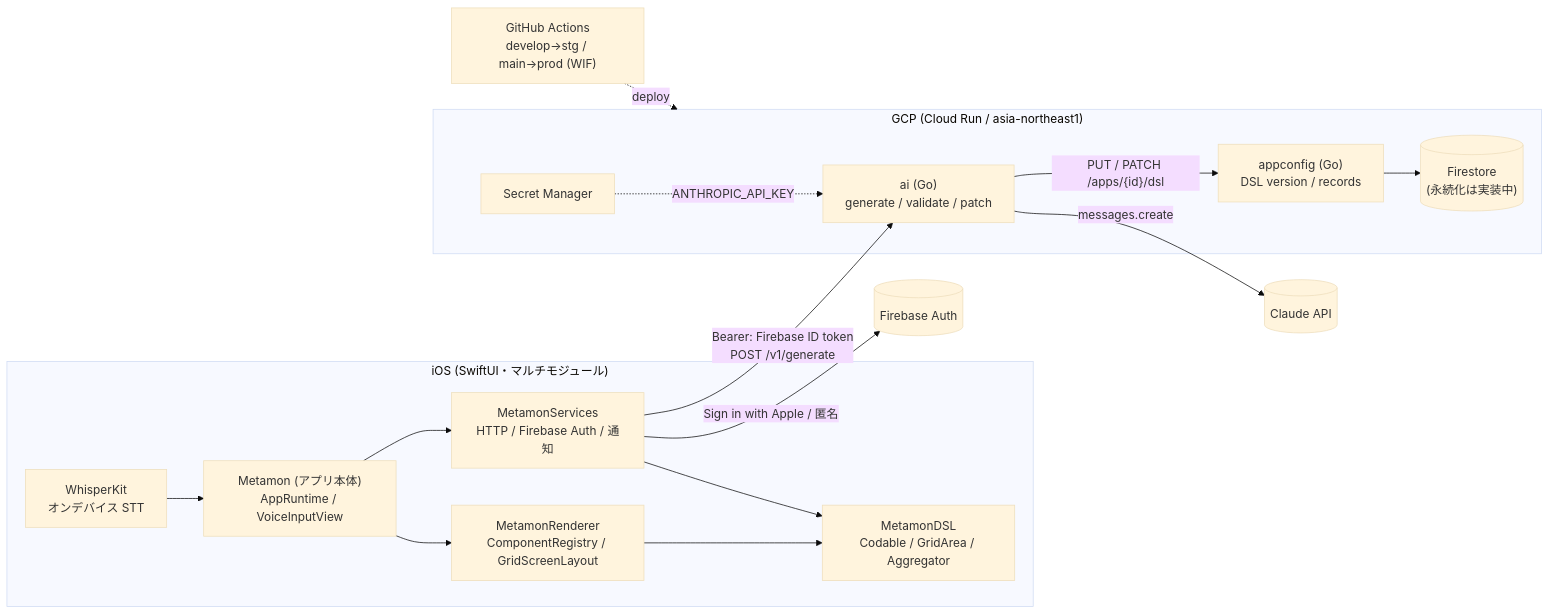
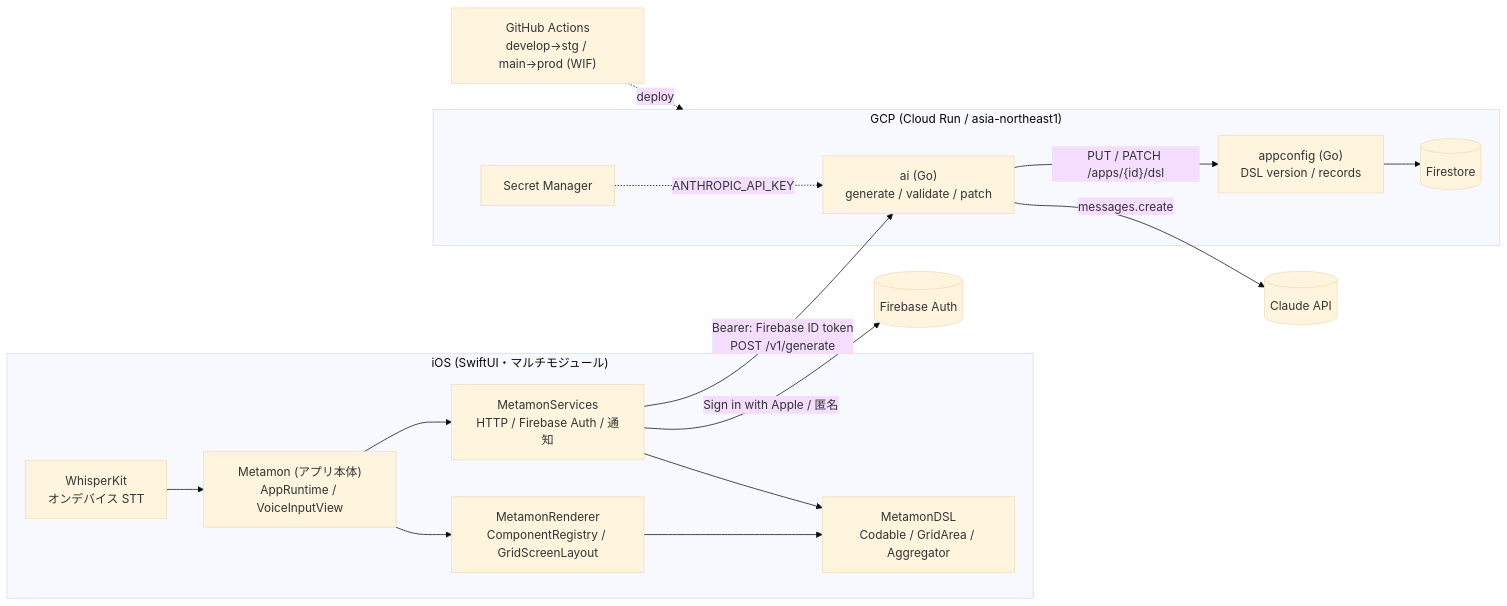
The second of 2 diagrams in README.md (jphacks/kz_2601), drawn with Mermaid (base theme) before and after one commit. The commit also changed other lines of this file and 2 other files, not shown here.

````diff
--- a/README.md
+++ b/README.md
@@ -164,23 +178,23 @@
 ```mermaid
 flowchart LR
   subgraph iOS["iOS (SwiftUI・マルチモジュール)"]
     W["WhisperKit<br/>オンデバイス STT"] --> App["Metamon (アプリ本体)<br/>AppRuntime / VoiceInputView"]
     App --> Ren["MetamonRenderer<br/>ComponentRegistry / GridScreenLayout"]
     App --> Svc["MetamonServices<br/>HTTP / Firebase Auth / 通知"]
     Ren --> DSL["MetamonDSL<br/>Codable / GridArea / Aggregator"]
     Svc --> DSL
   end
   subgraph GCP["GCP (Cloud Run / asia-northeast1)"]
     AI["ai (Go)<br/>generate / validate / patch"]
     AC["appconfig (Go)<br/>DSL version / records"]
-    FS[("Firestore<br/>(永続化は実装中)")]
+    FS[("Firestore")]
     SM["Secret Manager"]
   end
   Svc -- "Bearer: Firebase ID token<br/>POST /v1/generate" --> AI
   AI -- "PUT / PATCH /apps/{id}/dsl" --> AC
   AC --> FS
   AI -- "messages.create" --> CL[(Claude API)]
   SM -. ANTHROPIC_API_KEY .-> AI
   Svc -- "Sign in with Apple / 匿名" --> FA[(Firebase Auth)]
   GH["GitHub Actions<br/>develop→stg / main→prod (WIF)"] -. deploy .-> GCP
 ```
````
